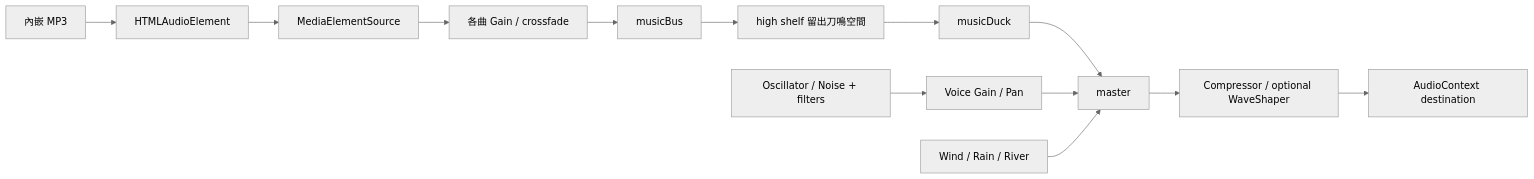
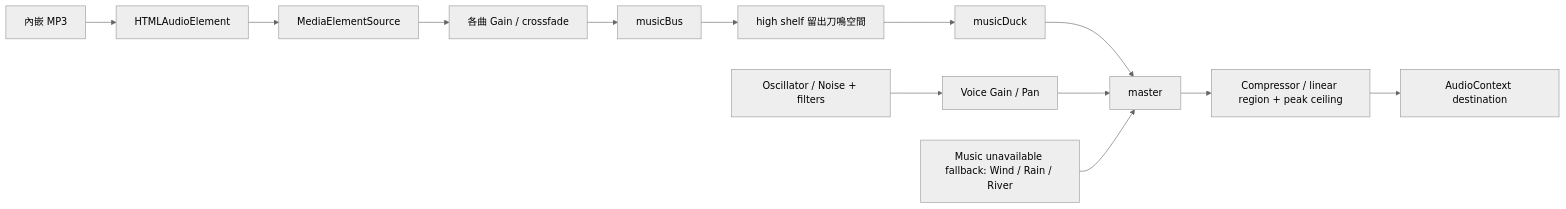
The diagram in docs/ASSET_PIPELINE.md (Yunlooloo/Game), drawn with Mermaid (neutral theme) before and after one commit. The commit also changed other lines of this file and 36 other files, not shown here.

````diff
--- a/docs/ASSET_PIPELINE.md
+++ b/docs/ASSET_PIPELINE.md
@@ -38,15 +38,15 @@
 ```mermaid
 flowchart LR
   MP3[內嵌 MP3] --> Media[HTMLAudioElement]
   Media --> Source[MediaElementSource]
   Source --> Track[各曲 Gain / crossfade]
   Track --> Music[musicBus]
   Music --> EQ[high shelf 留出刀鳴空間]
   EQ --> Duck[musicDuck]
   Duck --> Master[master]
   SFX[Oscillator / Noise + filters] --> Voice[Voice Gain / Pan]
   Voice --> Master
-  Ambience[Wind / Rain / River] --> Master
-  Master --> Limiter[Compressor / optional WaveShaper]
+  Ambience["Music unavailable fallback: Wind / Rain / River"] --> Master
+  Master --> Limiter["Compressor / linear region + peak ceiling"]
   Limiter --> Output[AudioContext destination]
 ```
````
